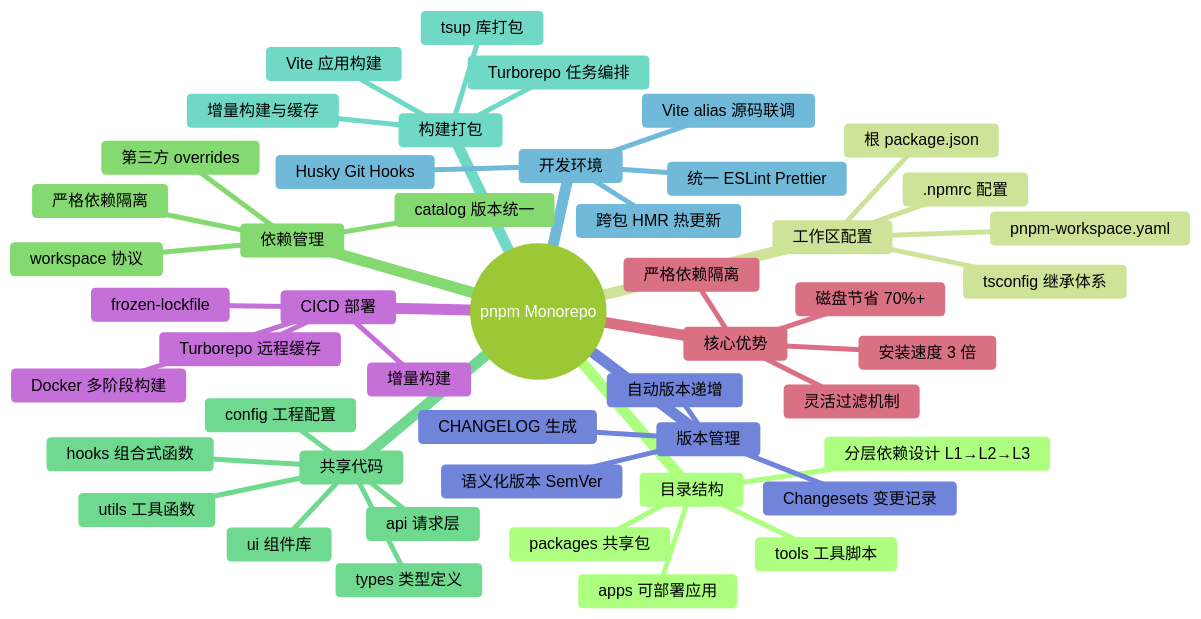
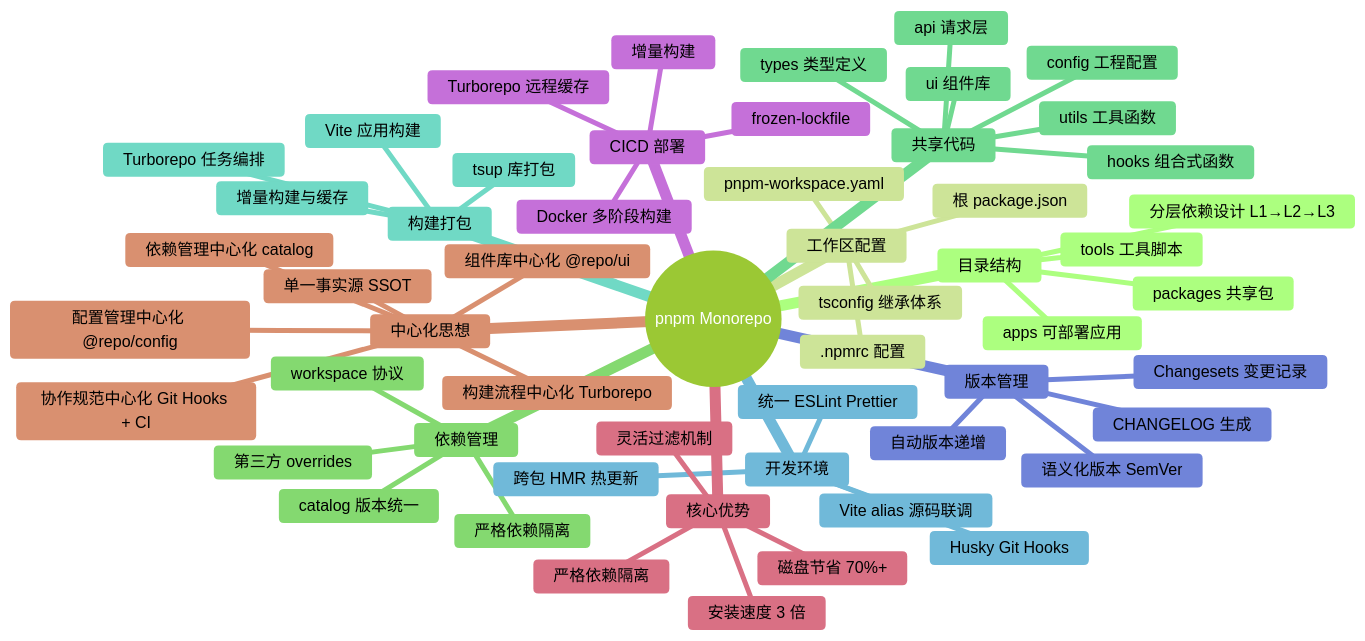
Before and after one commit to mansteinr/note-book: diagram 24 of 24 in 项目总结/基于pnpm+Monorepo的项目架构设计与实践.md, drawn with Mermaid (forest theme). The commit also changed other lines of this file, not shown here.

````diff
--- a/项目总结/基于pnpm+Monorepo的项目架构设计与实践.md
+++ b/项目总结/基于pnpm+Monorepo的项目架构设计与实践.md
@@ -1645,51 +2163,58 @@
 ```mermaid
 mindmap
   root((pnpm Monorepo))
     目录结构
       apps 可部署应用
       packages 共享包
       tools 工具脚本
       分层依赖设计 L1→L2→L3
     工作区配置
       pnpm-workspace.yaml
       根 package.json
       .npmrc 配置
       tsconfig 继承体系
     依赖管理
       workspace 协议
       catalog 版本统一
       第三方 overrides
       严格依赖隔离
     共享代码
       utils 工具函数
       ui 组件库
       types 类型定义
       config 工程配置
       api 请求层
       hooks 组合式函数
     构建打包
       Turborepo 任务编排
       tsup 库打包
       Vite 应用构建
       增量构建与缓存
     开发环境
       Vite alias 源码联调
       跨包 HMR 热更新
       统一 ESLint Prettier
       Husky Git Hooks
     版本管理
       语义化版本 SemVer
       Changesets 变更记录
       自动版本递增
       CHANGELOG 生成
     CICD 部署
       frozen-lockfile
       Turborepo 远程缓存
       Docker 多阶段构建
       增量构建
     核心优势
       磁盘节省 70%+
       安装速度 3 倍
       严格依赖隔离
       灵活过滤机制
+    中心化思想
+      单一事实源 SSOT
+      依赖管理中心化 catalog
+      构建流程中心化 Turborepo
+      组件库中心化 @repo/ui
+      配置管理中心化 @repo/config
+      协作规范中心化 Git Hooks + CI
 ```
````
